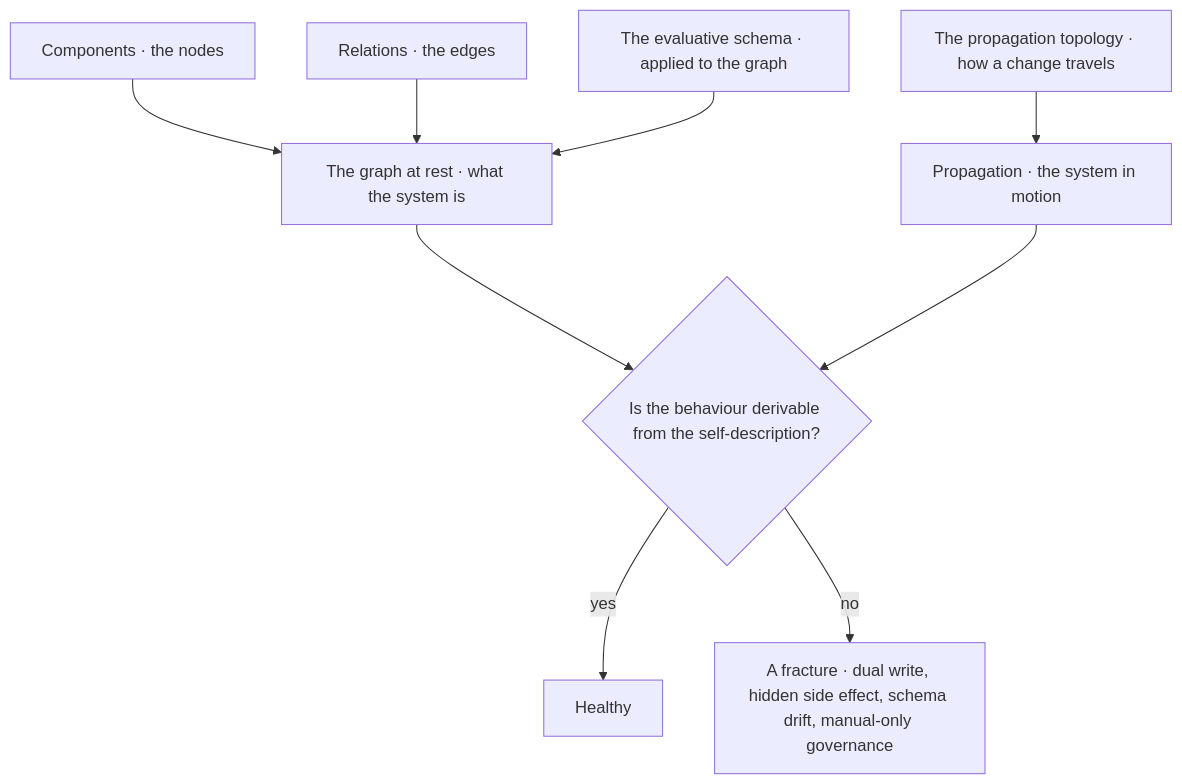
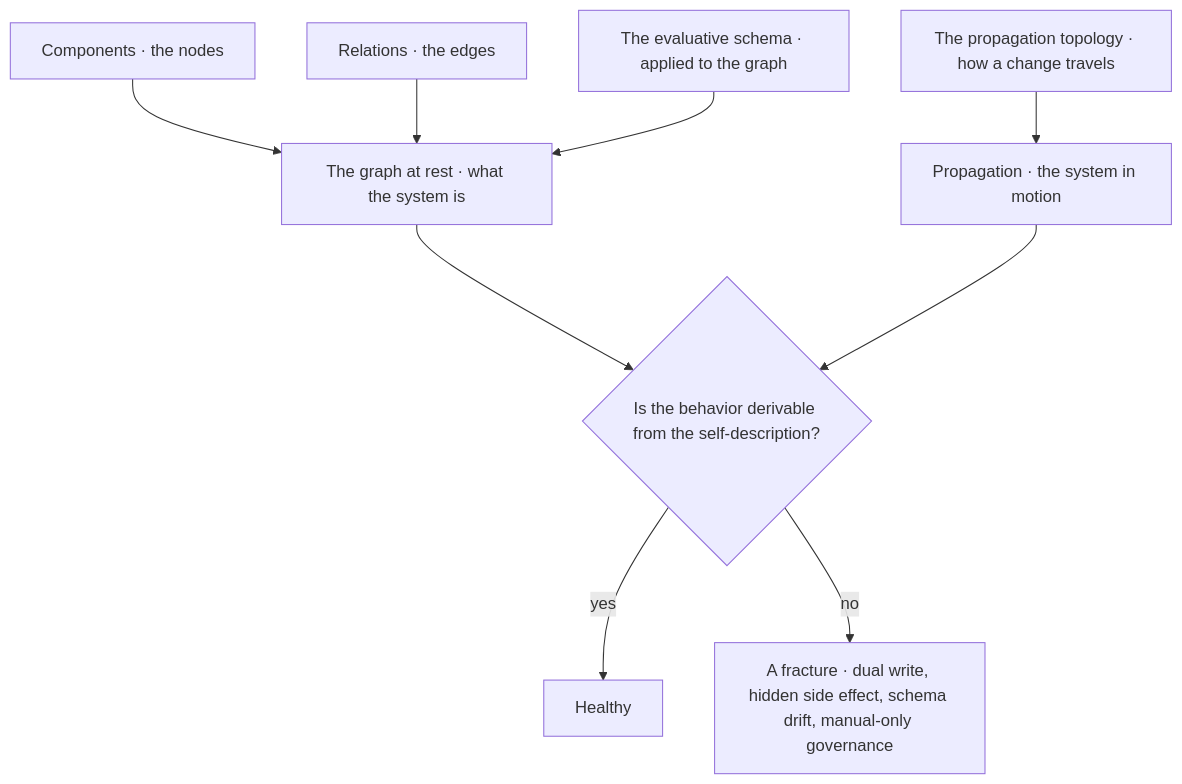
One commit to Varietyz/Disciplined-AI-Software-Development changed the first of 8 diagrams in architecture/MODEL.md. Above: the diagram before and after it, drawn with Mermaid. The commit also changed other lines of this file and 672 other files, not shown here.

````diff
--- a/architecture/MODEL.md
+++ b/architecture/MODEL.md
@@ -47,20 +47,20 @@
 ```mermaid
 flowchart TB
 components["Components · the nodes"]
 relations["Relations · the edges"]
 schema["The evaluative schema · applied to the graph"]
 propagation["The propagation topology · how a change travels"]
 rest["The graph at rest · what the system is"]
 motion["Propagation · the system in motion"]
-healthy{"Is the behaviour derivable from the self-description?"}
+healthy{"Is the behavior derivable from the self-description?"}
 yes["Healthy"]
 fracture["A fracture · dual write, hidden side effect, schema drift, manual-only governance"]
 components --> rest
 relations --> rest
 schema --> rest
 propagation --> motion
 rest --> healthy
 motion --> healthy
 healthy -- yes --> yes
 healthy -- no --> fracture
 ```
````
